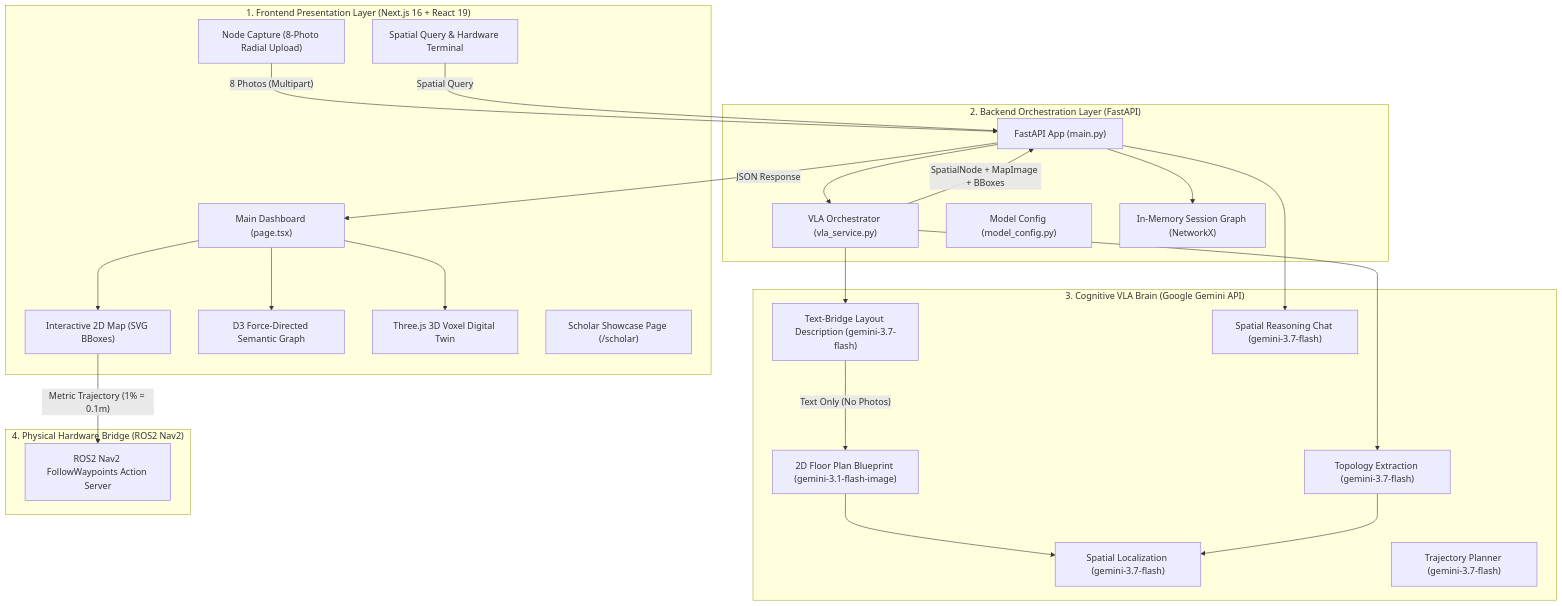
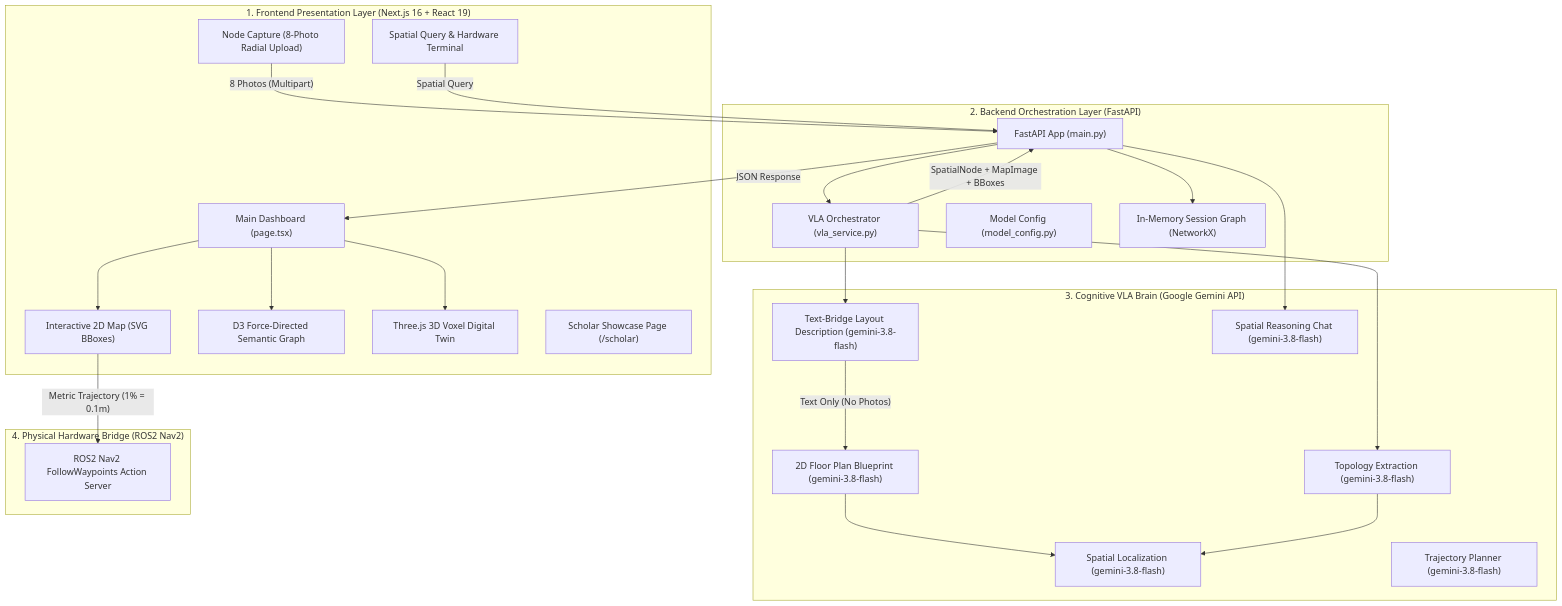
Before and after one commit to mincasurong/GeminiSeoulHackathon2026: the diagram in .agents/rules/system_knowledge.md, drawn with Mermaid. The commit also changed other lines of this file and 40 other files, not shown here.

````diff
--- a/.agents/rules/system_knowledge.md
+++ b/.agents/rules/system_knowledge.md
@@ -18,53 +18,53 @@
 ```mermaid
 graph TD
     subgraph Layer1["1. Frontend Presentation Layer (Next.js 16 + React 19)"]
         UI["Main Dashboard (page.tsx)"]
         CAP["Node Capture (8-Photo Radial Upload)"]
         MAP["Interactive 2D Map (SVG BBoxes)"]
         GRAPH["D3 Force-Directed Semantic Graph"]
         TWIN["Three.js 3D Voxel Digital Twin"]
         SCHOLAR["Scholar Showcase Page (/scholar)"]
         CHAT["Spatial Query & Hardware Terminal"]
     end
 
     subgraph Layer2["2. Backend Orchestration Layer (FastAPI)"]
         API["FastAPI App (main.py)"]
         VLA["VLA Orchestrator (vla_service.py)"]
         CFG["Model Config (model_config.py)"]
         MEM["In-Memory Session Graph (NetworkX)"]
     end
 
     subgraph Layer3["3. Cognitive VLA Brain (Google Gemini API)"]
-        M_TOPO["Topology Extraction (gemini-3.7-flash)"]
-        M_DESC["Text-Bridge Layout Description (gemini-3.7-flash)"]
-        M_IMG["2D Floor Plan Blueprint (gemini-3.1-flash-image)"]
-        M_LOC["Spatial Localization (gemini-3.7-flash)"]
-        M_CHAT["Spatial Reasoning Chat (gemini-3.7-flash)"]
-        M_PLAN["Trajectory Planner (gemini-3.7-flash)"]
+        M_TOPO["Topology Extraction (gemini-3.8-flash)"]
+        M_DESC["Text-Bridge Layout Description (gemini-3.8-flash)"]
+        M_IMG["2D Floor Plan Blueprint (gemini-3.8-flash)"]
+        M_LOC["Spatial Localization (gemini-3.8-flash)"]
+        M_CHAT["Spatial Reasoning Chat (gemini-3.8-flash)"]
+        M_PLAN["Trajectory Planner (gemini-3.8-flash)"]
     end
 
     subgraph Layer4["4. Physical Hardware Bridge (ROS2 Nav2)"]
         ROS2["ROS2 Nav2 FollowWaypoints Action Server"]
     end
 
     %% Data Flow Connections
     CAP -- "8 Photos (Multipart)" --> API
     API --> VLA
     VLA --> M_TOPO
     VLA --> M_DESC
     M_DESC -- "Text Only (No Photos)" --> M_IMG
     M_IMG & M_TOPO --> M_LOC
     
     VLA -- "SpatialNode + MapImage + BBoxes" --> API
     API --> MEM
     API -- "JSON Response" --> UI
     
     UI --> MAP
     UI --> GRAPH
     UI --> TWIN
     
     CHAT -- "Spatial Query" --> API
     API --> M_CHAT
     
     MAP -- "Metric Trajectory (1% = 0.1m)" --> ROS2
 ```
````
